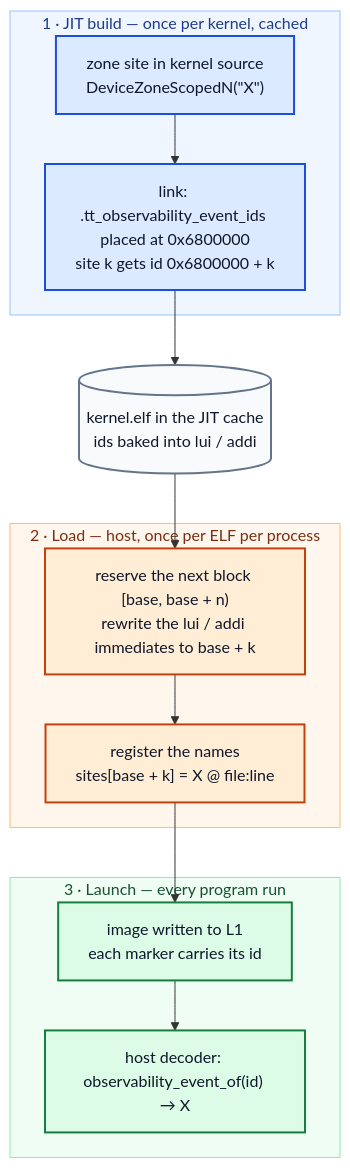
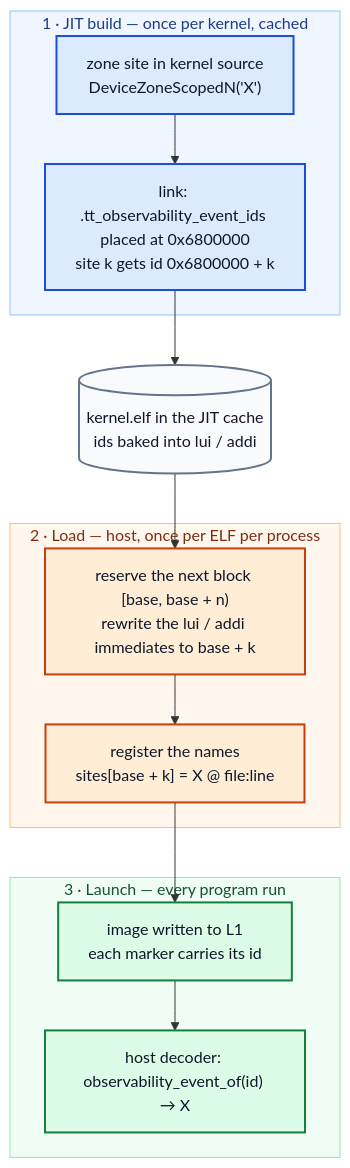
The first of 2 diagrams in tt_metal/tools/profiler/STREAMING_PROFILER_ZONE_IDS.md (tenstorrent/tt-metal), drawn with Mermaid before and after one commit. The commit also changed other lines of this file, not shown here.

First line of the commit message:
profiler: zone-id doc -- fix the Mermaid diagrams on GitHub

````diff
--- a/tt_metal/tools/profiler/STREAMING_PROFILER_ZONE_IDS.md
+++ b/tt_metal/tools/profiler/STREAMING_PROFILER_ZONE_IDS.md
@@ -12,30 +12,30 @@
 ```mermaid
 flowchart TB
   classDef build fill:#DBEAFE,stroke:#1D4ED8,stroke-width:2px,color:#0F172A
   classDef load  fill:#FFEDD5,stroke:#C2410C,stroke-width:2px,color:#0F172A
   classDef run   fill:#DCFCE7,stroke:#15803D,stroke-width:2px,color:#0F172A
   classDef file  fill:#F8FAFC,stroke:#64748B,stroke-width:2px,color:#0F172A
 
   subgraph B[" 1 · JIT build — once per kernel, cached "]
-    S["zone site in kernel source<br/>DeviceZoneScopedN(&quot;X&quot;)"]:::build
+    S["zone site in kernel source<br/>DeviceZoneScopedN('X')"]:::build
     L["link: .tt_observability_event_ids placed at 0x6800000<br/>site k gets id 0x6800000 + k"]:::build
     S --> L
   end
   E[("kernel.elf in the JIT cache<br/>ids baked into lui / addi")]:::file
   subgraph LD[" 2 · Load — host, once per ELF per process "]
     R["reserve the next block [base, base + n)<br/>rewrite the lui / addi immediates to base + k"]:::load
     N["register the names<br/>sites[base + k] = X @ file:line"]:::load
     R --> N
   end
   subgraph RN[" 3 · Launch — every program run "]
     D["image written to L1<br/>each marker carries its id"]:::run
     H["host decoder: observability_event_of(id) → X"]:::run
     D --> H
   end
   L --> E --> R
   N --> D
 
   style B  fill:#EFF6FF,stroke:#93C5FD,color:#1E3A8A
   style LD fill:#FFF7ED,stroke:#FDBA74,color:#7C2D12
   style RN fill:#F0FDF4,stroke:#86EFAC,color:#14532D
 ```
````
